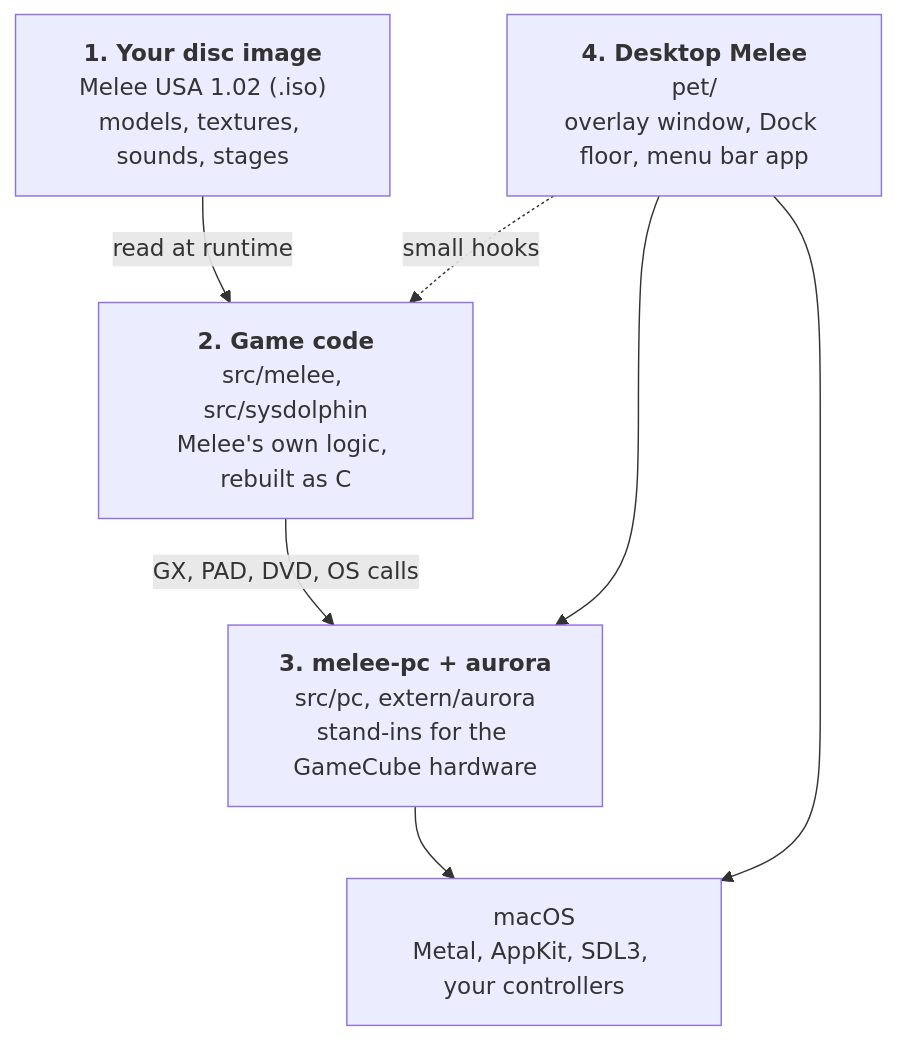
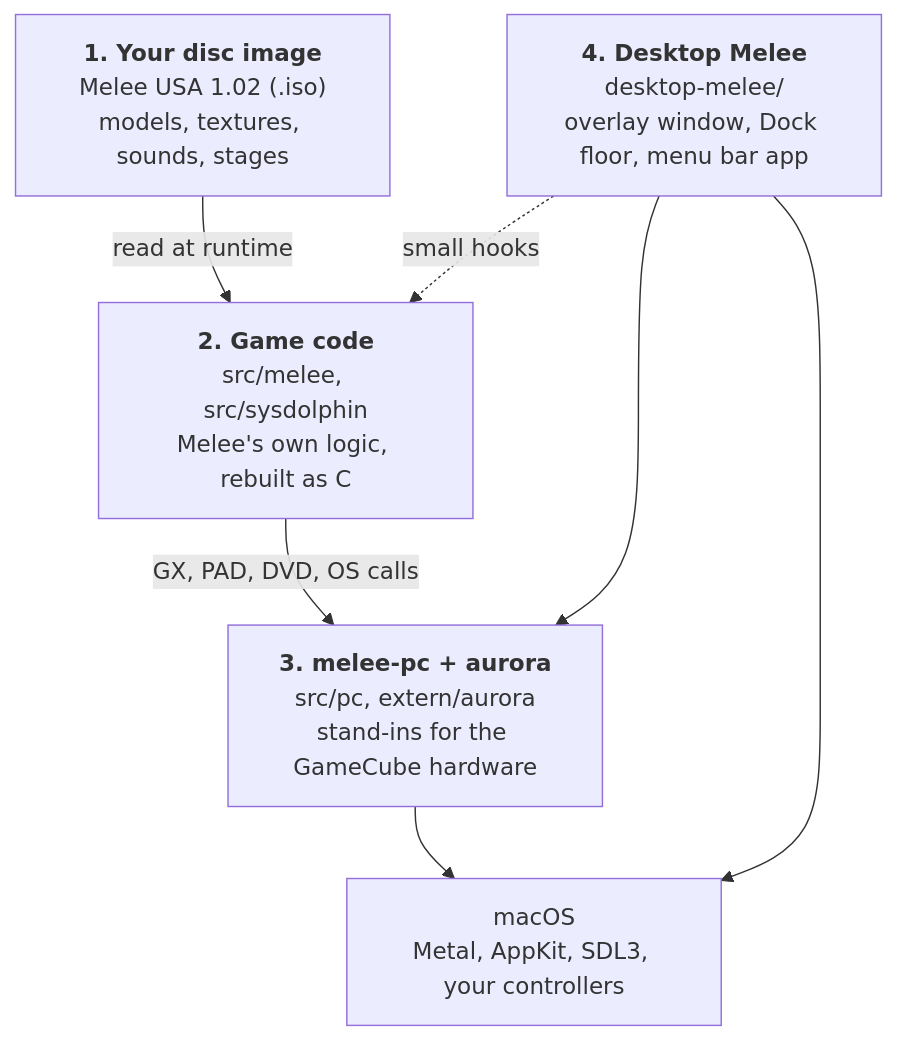
Before and after one commit to Mwrnk/desktop-melee: the first of 12 diagrams in docs/desktop-melee/how-it-works.md, drawn with Mermaid. The commit also changed other lines of this file and 67 other files, not shown here.

First line of the commit message:
Rename pet to Desktop Melee in code, paths and docs

````diff
--- a/docs/desktop-melee/how-it-works.md
+++ b/docs/desktop-melee/how-it-works.md
@@ -42,15 +42,15 @@
 ```mermaid
 flowchart TB
     disc["<b>1. Your disc image</b><br/>Melee USA 1.02 (.iso)<br/>models, textures, sounds, stages"]
     game["<b>2. Game code</b><br/>src/melee, src/sysdolphin<br/>Melee's own logic, rebuilt as C"]
     port["<b>3. melee-pc + aurora</b><br/>src/pc, extern/aurora<br/>stand-ins for the GameCube hardware"]
-    pet["<b>4. Desktop Melee</b><br/>pet/<br/>overlay window, Dock floor, menu bar app"]
+    desktop_melee["<b>4. Desktop Melee</b><br/>desktop-melee/<br/>overlay window, Dock floor, menu bar app"]
     mac["macOS<br/>Metal, AppKit, SDL3, your controllers"]
 
     disc -->|read at runtime| game
     game -->|"GX, PAD, DVD, OS calls"| port
-    pet -. small hooks .-> game
-    pet --> port
+    desktop_melee -. small hooks .-> game
+    desktop_melee --> port
     port --> mac
-    pet --> mac
+    desktop_melee --> mac
 ```
````
